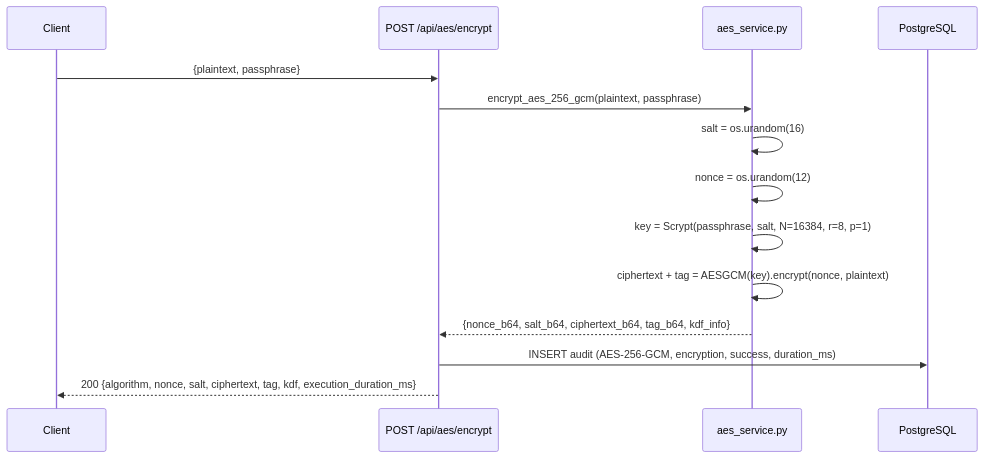
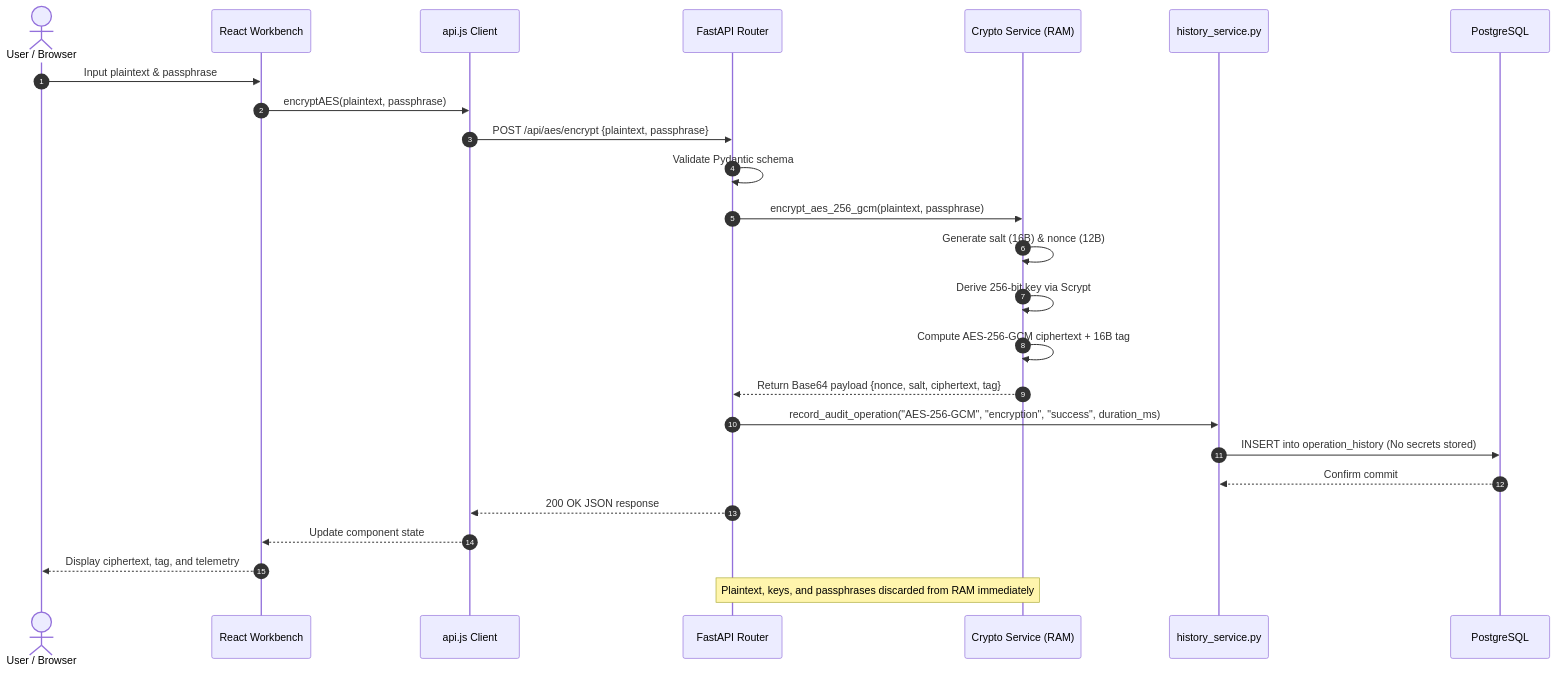
One commit to AjayKumarKR07/SecureCipher changed the second of 2 diagrams in README.md. Above: the diagram before and after it, drawn with Mermaid. The commit also changed other lines of this file, not shown here.

````diff
--- a/README.md
+++ b/README.md
@@ -250,17 +227,28 @@
 ```mermaid
 sequenceDiagram
-    participant Client
-    participant API as POST /api/aes/encrypt
-    participant AESSvc as aes_service.py
+    autonumber
+    actor User as User / Browser
+    participant Page as React Workbench
+    participant API as api.js Client
+    participant FastAPI as FastAPI Router
+    participant Service as Crypto Service (RAM)
+    participant Audit as history_service.py
     participant DB as PostgreSQL
 
-    Client->>API: {plaintext, passphrase}
-    API->>AESSvc: encrypt_aes_256_gcm(plaintext, passphrase)
-    AESSvc->>AESSvc: salt = os.urandom(16)
-    AESSvc->>AESSvc: nonce = os.urandom(12)
-    AESSvc->>AESSvc: key = Scrypt(passphrase, salt, N=16384, r=8, p=1)
-    AESSvc->>AESSvc: ciphertext + tag = AESGCM(key).encrypt(nonce, plaintext)
-    AESSvc-->>API: {nonce_b64, salt_b64, ciphertext_b64, tag_b64, kdf_info}
-    API->>DB: INSERT audit (AES-256-GCM, encryption, success, duration_ms)
-    API-->>Client: 200 {algorithm, nonce, salt, ciphertext, tag, kdf, execution_duration_ms}
+    User->>Page: Input plaintext & passphrase
+    Page->>API: encryptAES(plaintext, passphrase)
+    API->>FastAPI: POST /api/aes/encrypt {plaintext, passphrase}
+    FastAPI->>FastAPI: Validate Pydantic schema
+    FastAPI->>Service: encrypt_aes_256_gcm(plaintext, passphrase)
+    Service->>Service: Generate salt (16B) & nonce (12B)
+    Service->>Service: Derive 256-bit key via Scrypt
+    Service->>Service: Compute AES-256-GCM ciphertext + 16B tag
+    Service-->>FastAPI: Return Base64 payload {nonce, salt, ciphertext, tag}
+    FastAPI->>Audit: record_audit_operation("AES-256-GCM", "encryption", "success", duration_ms)
+    Audit->>DB: INSERT into operation_history (No secrets stored)
+    DB-->>Audit: Confirm commit
+    FastAPI-->>API: 200 OK JSON response
+    API-->>Page: Update component state
+    Page-->>User: Display ciphertext, tag, and telemetry
+    Note over Service,FastAPI: Plaintext, keys, and passphrases discarded from RAM immediately
 ```
````
